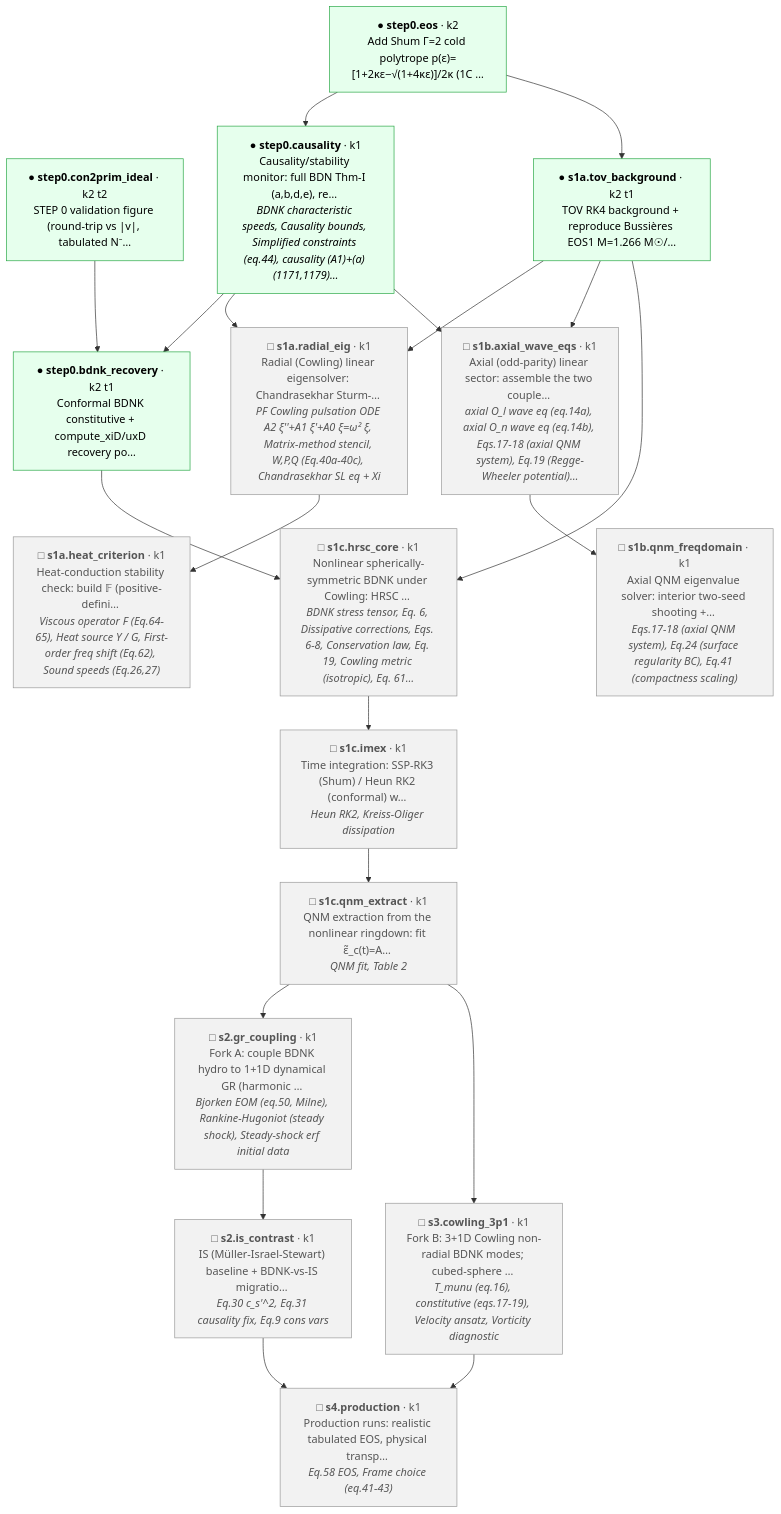
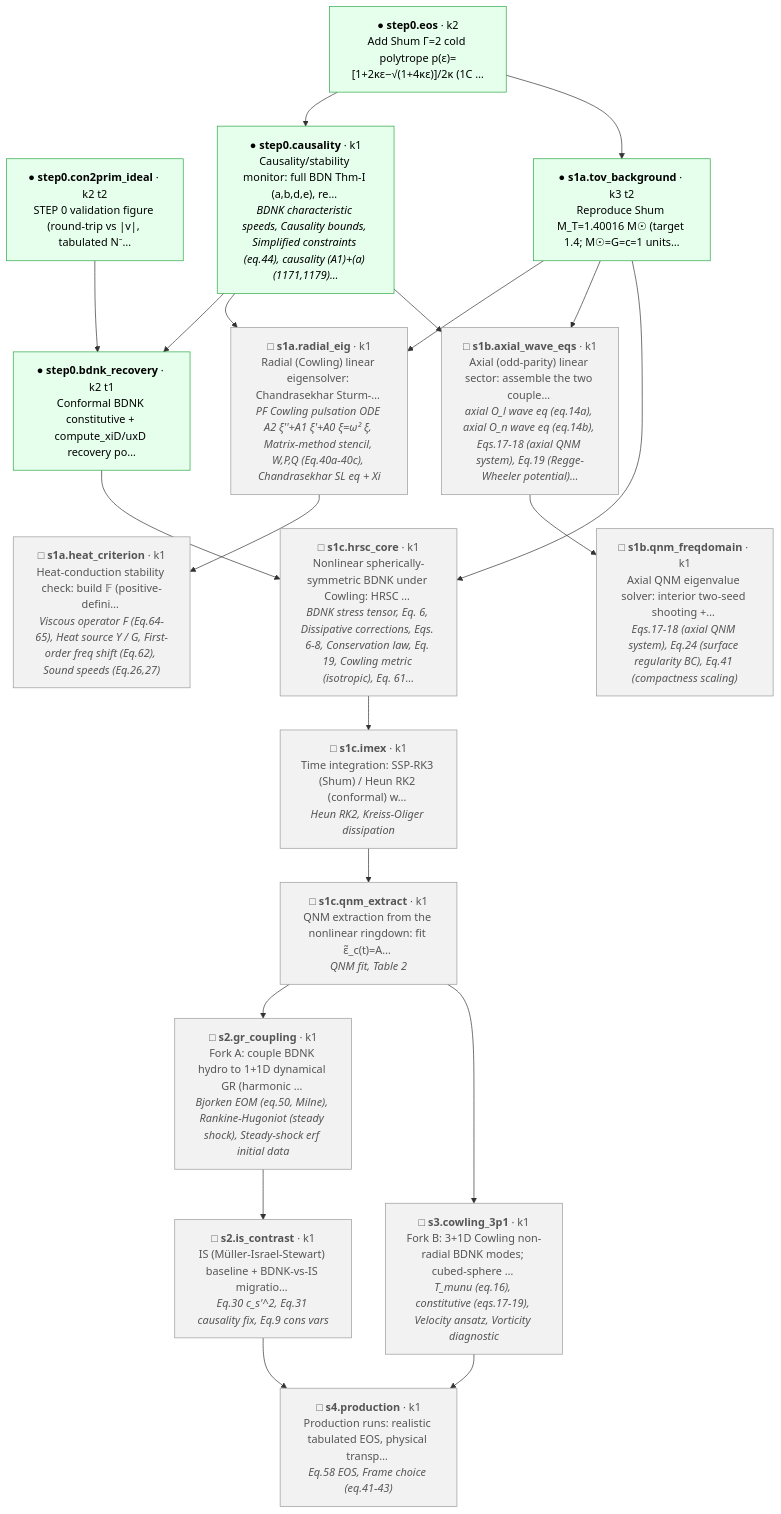
One commit to FoAKTEE/BDNK changed the diagram in progress/dag/project_dag.md. Above: the diagram before and after it, drawn with Mermaid. The commit also changed 15 other files, not shown here.

First line of the commit message:
feat(tov,docs): reproduce Shum M_T=1.4 M☉ + exact-target ledger

````diff
--- a/progress/dag/project_dag.md
+++ b/progress/dag/project_dag.md
@@ -5,44 +5,44 @@
 ```mermaid
 flowchart TD
   n_step0_eos["● <b>step0.eos</b> · k2<br/>Add Shum Γ=2 cold polytrope p(ε)=[1+2κε−√(1+4κε)]/2κ (1C …"]:::solid
   n_step0_con2prim_ideal["● <b>step0.con2prim_ideal</b> · k2 t2<br/>STEP 0 validation figure (round-trip vs |v|, tabulated N⁻…"]:::solid
   n_step0_causality["● <b>step0.causality</b> · k1<br/>Causality/stability monitor: full BDN Thm-I (a,b,d,e), re… <br/><i>BDNK characteristic speeds, Causality bounds, Simplified constraints (eq.44), causality (A1)+(a) (1171,1179)…</i>"]:::solid
   n_step0_bdnk_recovery["● <b>step0.bdnk_recovery</b> · k2 t1<br/>Conformal BDNK constitutive + compute_xiD/uxD recovery po…"]:::solid
-  n_s1a_tov_background["● <b>s1a.tov_background</b> · k2 t1<br/>TOV RK4 background + reproduce Bussières EOS1 M=1.266 M☉/…"]:::solid
+  n_s1a_tov_background["● <b>s1a.tov_background</b> · k3 t2<br/>Reproduce Shum M_T=1.40016 M☉ (target 1.4; M☉=G=c=1 units…"]:::solid
   n_s1a_radial_eig["□ <b>s1a.radial_eig</b> · k1<br/>Radial (Cowling) linear eigensolver: Chandrasekhar Sturm-… <br/><i>PF Cowling pulsation ODE A2 ξ''+A1 ξ'+A0 ξ=ω² ξ, Matrix-method stencil, W,P,Q (Eq.40a-40c), Chandrasekhar SL eq + Xi</i>"]:::future
   n_s1a_heat_criterion["□ <b>s1a.heat_criterion</b> · k1<br/>Heat-conduction stability check: build 𝔽 (positive-defini… <br/><i>Viscous operator F (Eq.64-65), Heat source Y / G, First-order freq shift (Eq.62), Sound speeds (Eq.26,27)</i>"]:::future
   n_s1b_axial_wave_eqs["□ <b>s1b.axial_wave_eqs</b> · k1<br/>Axial (odd-parity) linear sector: assemble the two couple… <br/><i>axial O_l wave eq (eq.14a), axial O_n wave eq (eq.14b), Eqs.17-18 (axial QNM system), Eq.19 (Regge-Wheeler potential)…</i>"]:::future
   n_s1b_qnm_freqdomain["□ <b>s1b.qnm_freqdomain</b> · k1<br/>Axial QNM eigenvalue solver: interior two-seed shooting +… <br/><i>Eqs.17-18 (axial QNM system), Eq.24 (surface regularity BC), Eq.41 (compactness scaling)</i>"]:::future
   n_s1c_hrsc_core["□ <b>s1c.hrsc_core</b> · k1<br/>Nonlinear spherically-symmetric BDNK under Cowling: HRSC … <br/><i>BDNK stress tensor, Eq. 6, Dissipative corrections, Eqs. 6-8, Conservation law, Eq. 19, Cowling metric (isotropic), Eq. 61…</i>"]:::future
   n_s1c_imex["□ <b>s1c.imex</b> · k1<br/>Time integration: SSP-RK3 (Shum) / Heun RK2 (conformal) w… <br/><i>Heun RK2, Kreiss-Oliger dissipation</i>"]:::future
   n_s1c_qnm_extract["□ <b>s1c.qnm_extract</b> · k1<br/>QNM extraction from the nonlinear ringdown: fit ε̃_c(t)=A… <br/><i>QNM fit, Table 2</i>"]:::future
   n_s2_gr_coupling["□ <b>s2.gr_coupling</b> · k1<br/>Fork A: couple BDNK hydro to 1+1D dynamical GR (harmonic … <br/><i>Bjorken EOM (eq.50, Milne), Rankine-Hugoniot (steady shock), Steady-shock erf initial data</i>"]:::future
   n_s2_is_contrast["□ <b>s2.is_contrast</b> · k1<br/>IS (Müller-Israel-Stewart) baseline + BDNK-vs-IS migratio… <br/><i>Eq.30 c_s'^2, Eq.31 causality fix, Eq.9 cons vars</i>"]:::future
   n_s3_cowling_3p1["□ <b>s3.cowling_3p1</b> · k1<br/>Fork B: 3+1D Cowling non-radial BDNK modes; cubed-sphere … <br/><i>T_munu (eq.16), constitutive (eqs.17-19), Velocity ansatz, Vorticity diagnostic</i>"]:::future
   n_s4_production["□ <b>s4.production</b> · k1<br/>Production runs: realistic tabulated EOS, physical transp… <br/><i>Eq.58 EOS, Frame choice (eq.41-43)</i>"]:::future
   n_step0_eos --> n_step0_causality
   n_step0_con2prim_ideal --> n_step0_bdnk_recovery
   n_step0_causality --> n_step0_bdnk_recovery
   n_step0_eos --> n_s1a_tov_background
   n_s1a_tov_background --> n_s1a_radial_eig
   n_step0_causality --> n_s1a_radial_eig
   n_s1a_radial_eig --> n_s1a_heat_criterion
   n_s1a_tov_background --> n_s1b_axial_wave_eqs
   n_step0_causality --> n_s1b_axial_wave_eqs
   n_s1b_axial_wave_eqs --> n_s1b_qnm_freqdomain
   n_step0_bdnk_recovery --> n_s1c_hrsc_core
   n_s1a_tov_background --> n_s1c_hrsc_core
   n_s1c_hrsc_core --> n_s1c_imex
   n_s1c_imex --> n_s1c_qnm_extract
   n_s1c_qnm_extract --> n_s2_gr_coupling
   n_s2_gr_coupling --> n_s2_is_contrast
   n_s1c_qnm_extract --> n_s3_cowling_3p1
   n_s2_is_contrast --> n_s4_production
   n_s3_cowling_3p1 --> n_s4_production
   classDef solid fill:#e6ffed,stroke:#28a745,color:#000;
   classDef preliminary fill:#fff8e1,stroke:#d4a017,color:#000;
   classDef hypothesis fill:#e7f0ff,stroke:#4977c7,color:#000;
   classDef blocking fill:#ffe3e3,stroke:#d33,color:#000;
   classDef future fill:#f2f2f2,stroke:#999,color:#555;
   classDef amended fill:#f0f0f0,stroke:#aaa,color:#888;
 ```
````
